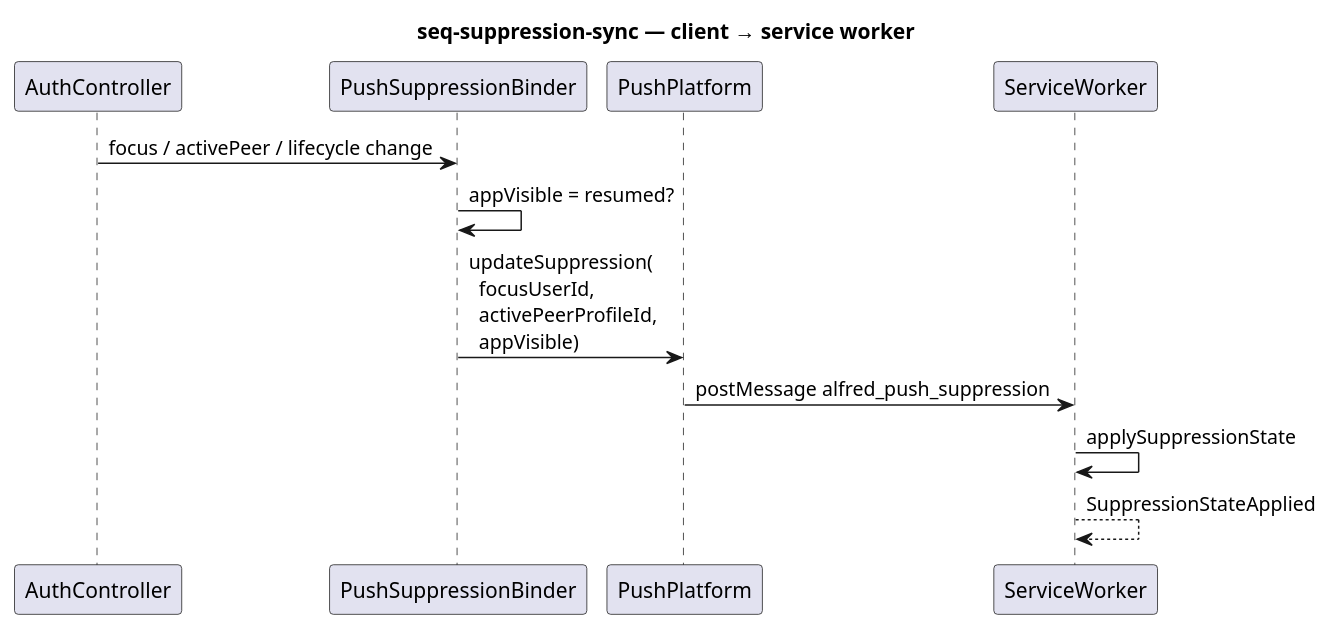
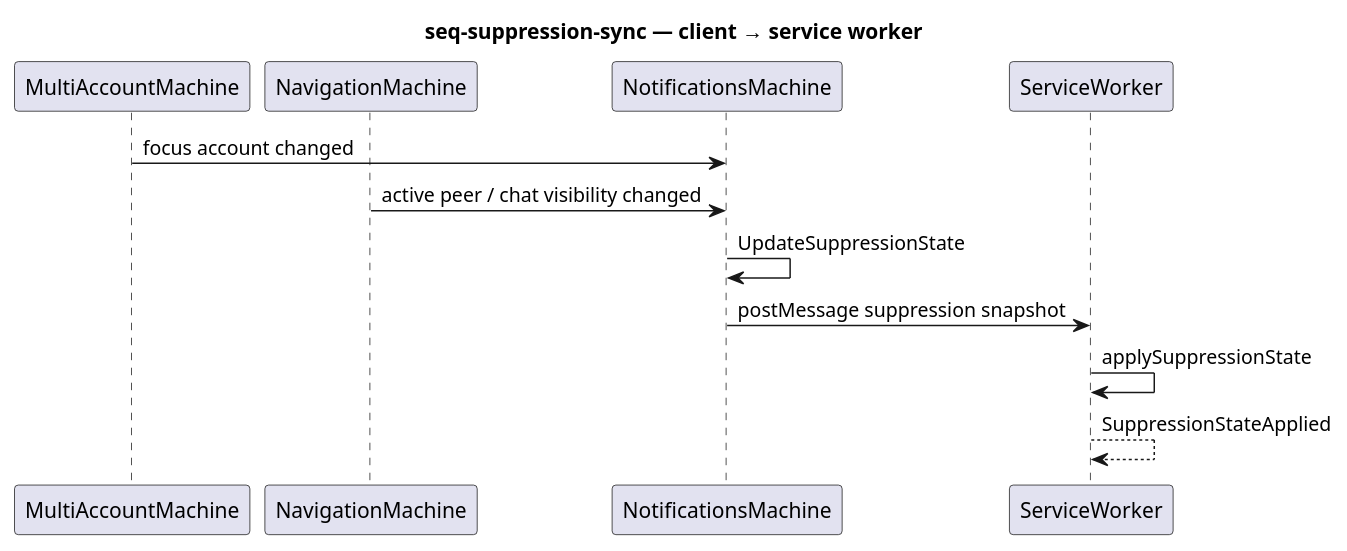
One commit to alfred-im/alfred-im changed the diagram in docs/model/uml/notifications/seq-suppression-sync.puml. Above: the diagram before and after it, drawn with PlantUML. The commit also changed 51 other files, not shown here.

```diff
--- a/docs/model/uml/notifications/seq-suppression-sync.puml
+++ b/docs/model/uml/notifications/seq-suppression-sync.puml
@@ -1,22 +1,21 @@
 @startuml seq-suppression-sync
 ' Context: notifications
 ' Command: UpdateSuppressionState
-' Contract: docs/specs/contracts/push-payload.md §3.1
 ' SDD: PROM-PUSH-NOTIFY-022–024, SURF-NOTIFICATIONS-008
-' Revision: 2026-07-18
+' Revision: 2026-07-19
 
 title seq-suppression-sync — client → service worker
 
-participant "AuthController" as Auth
-participant "PushSuppressionBinder" as Binder
-participant "PushPlatform" as Plat
+participant "MultiAccountMachine" as MAM
+participant "NavigationMachine" as Nav
+participant "NotificationsMachine" as NM
 participant "ServiceWorker" as SW
 
-Auth -> Binder : focus / activePeer / lifecycle change
-Binder -> Binder : appVisible = resumed?
-Binder -> Plat : updateSuppression(\n  focusUserId,\n  activePeerProfileId,\n  appVisible)
-Plat -> SW : postMessage alfred_push_suppression
+MAM -> NM : focus account changed
+Nav -> NM : active peer / chat visibility changed
+NM -> NM : UpdateSuppressionState
+NM -> SW : postMessage suppression snapshot
 SW -> SW : applySuppressionState
 SW --> SW : SuppressionStateApplied
 
 @enduml
```
